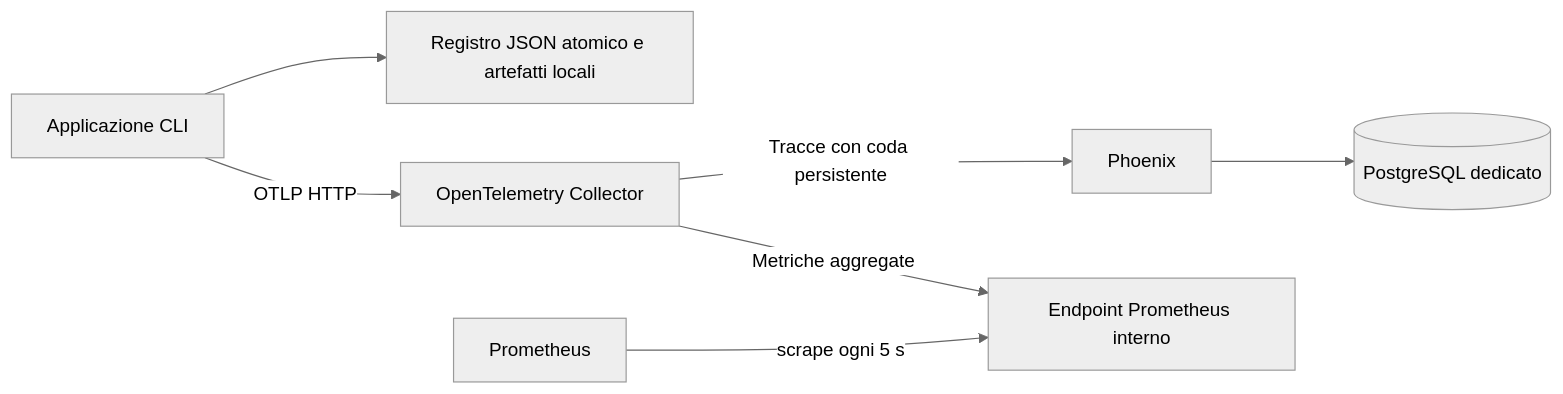
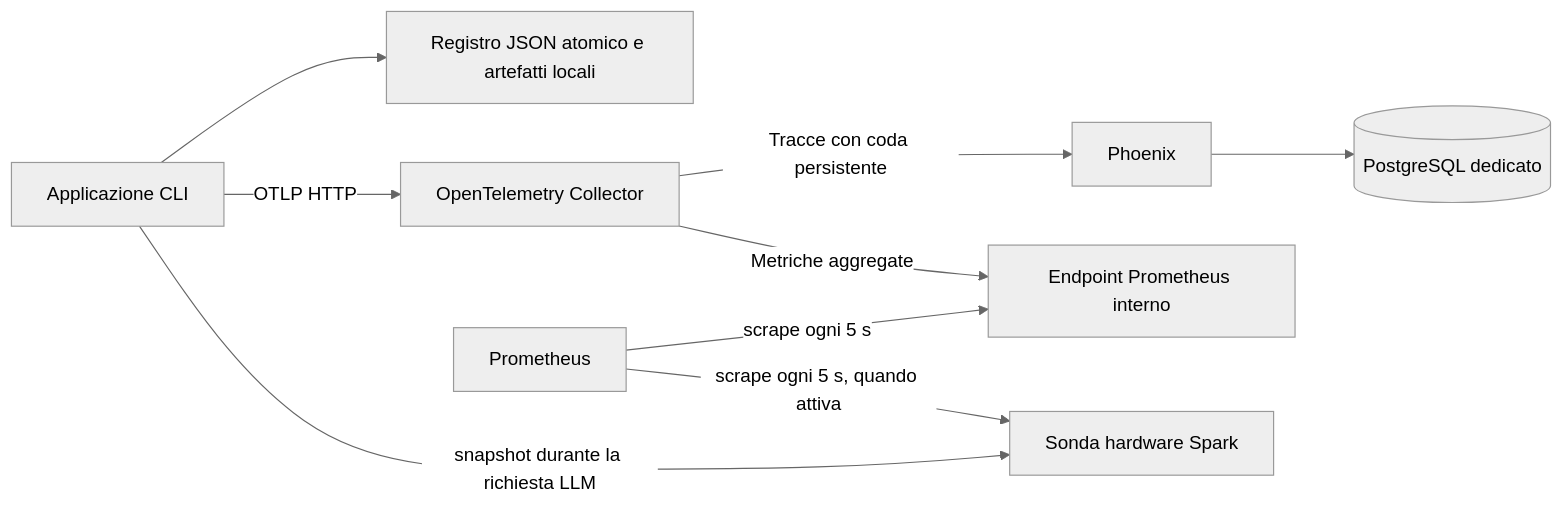
One commit to fesafa01/CodiceTesi changed the diagram in observability/README.md. Above: the diagram before and after it, drawn with Mermaid (neutral theme). The commit also changed other lines of this file and 26 other files, not shown here.

````diff
--- a/observability/README.md
+++ b/observability/README.md
@@ -34,9 +45,11 @@
 ```mermaid
 flowchart LR
     APP[Applicazione CLI] --> REG[Registro JSON atomico e artefatti locali]
     APP -->|OTLP HTTP| COL[OpenTelemetry Collector]
     COL -->|Tracce con coda persistente| PX[Phoenix]
     PX --> PDB[(PostgreSQL dedicato)]
     COL -->|Metriche aggregate| EXP[Endpoint Prometheus interno]
     PROM[Prometheus] -->|scrape ogni 5 s| EXP
+    PROM -->|scrape ogni 5 s, quando attiva| HW[Sonda hardware Spark]
+    APP -->|snapshot durante la richiesta LLM| HW
 ```
````
